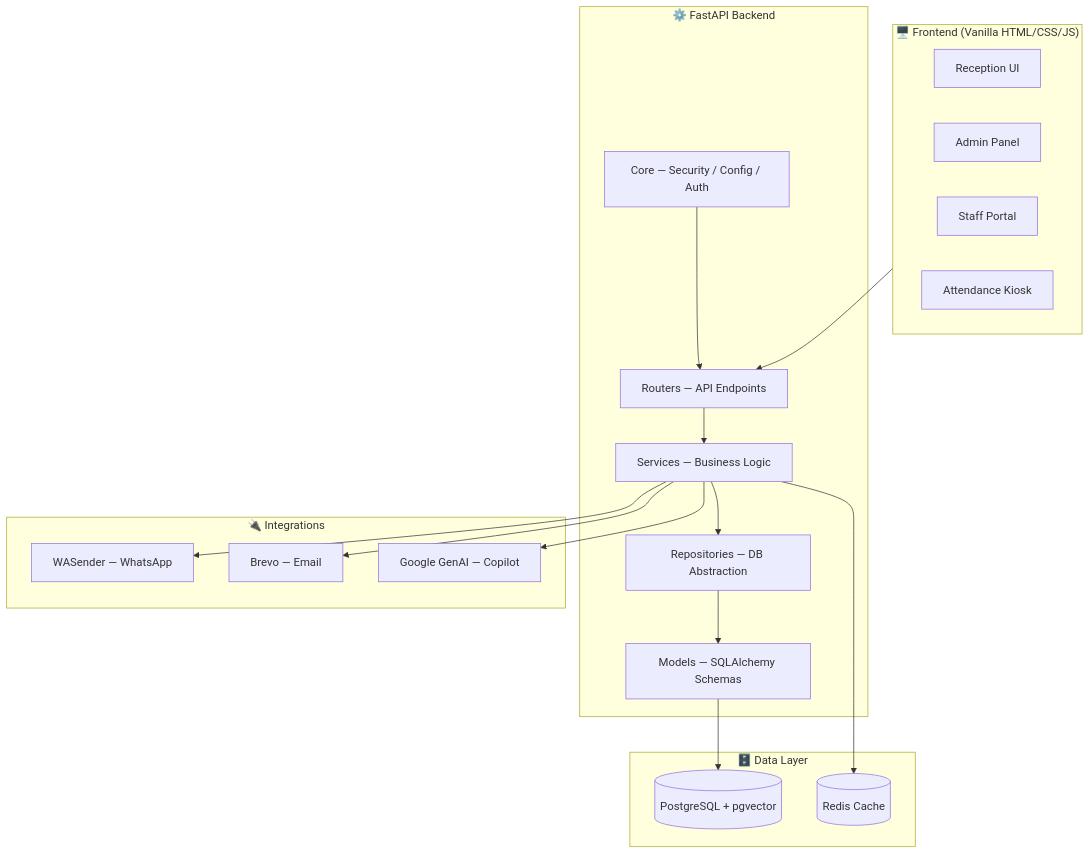
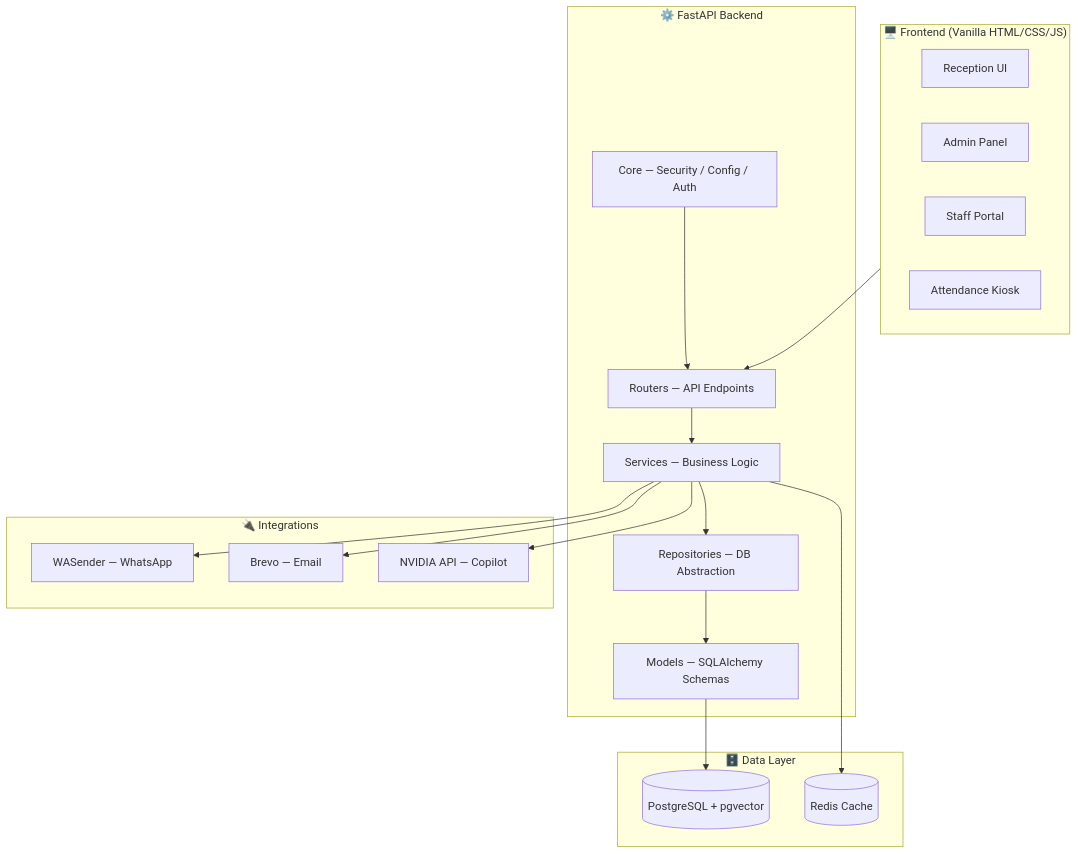
One commit to Kunal9608/Akriti changed the first of 2 diagrams in README.md. Above: the diagram before and after it, drawn with Mermaid. The commit also changed other lines of this file and 4 other files, not shown here.

Commit message:
Update README and .env.example with NVIDIA API configs, update chatbot to NVIDIA model

````diff
--- a/README.md
+++ b/README.md
@@ -85,35 +85,35 @@
 ```mermaid
 flowchart TB
     subgraph Frontend["🖥️ Frontend (Vanilla HTML/CSS/JS)"]
         R[Reception UI]
         A[Admin Panel]
         S[Staff Portal]
         K[Attendance Kiosk]
     end
 
     subgraph Backend["⚙️ FastAPI Backend"]
         RT[Routers — API Endpoints]
         SV[Services — Business Logic]
         RP[Repositories — DB Abstraction]
         MD[Models — SQLAlchemy Schemas]
         CR[Core — Security / Config / Auth]
     end
 
     subgraph Data["🗄️ Data Layer"]
         PG[(PostgreSQL + pgvector)]
         RD[(Redis Cache)]
     end
 
     subgraph External["🔌 Integrations"]
         WA[WASender — WhatsApp]
         BR[Brevo — Email]
-        AI[Google GenAI — Copilot]
+        AI[NVIDIA API — Copilot]
     end
 
     Frontend --> RT --> SV --> RP --> MD --> PG
     SV --> RD
     SV --> WA
     SV --> BR
     SV --> AI
     CR --> RT
 ```
````
